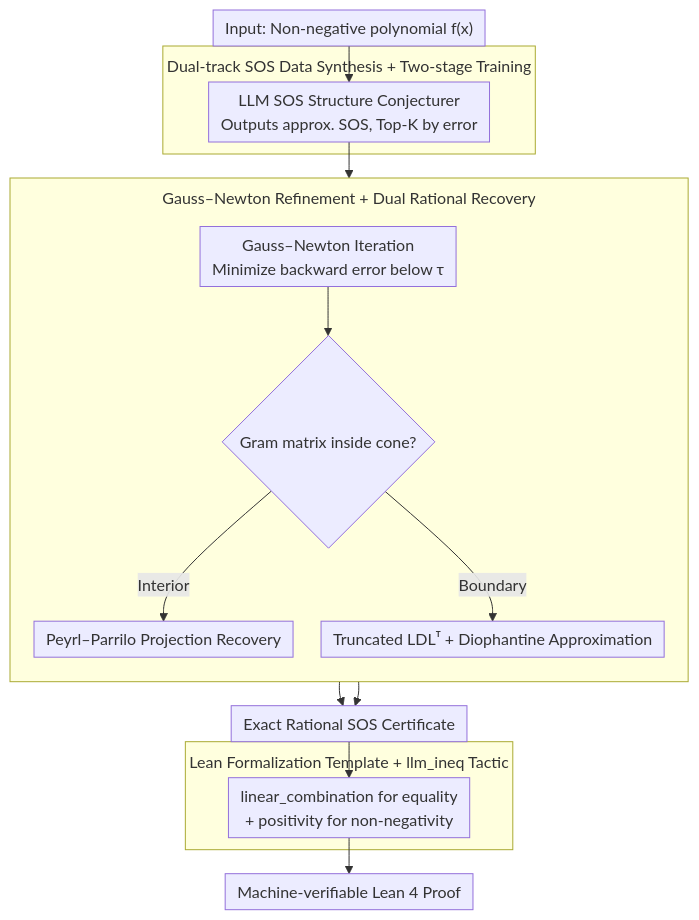
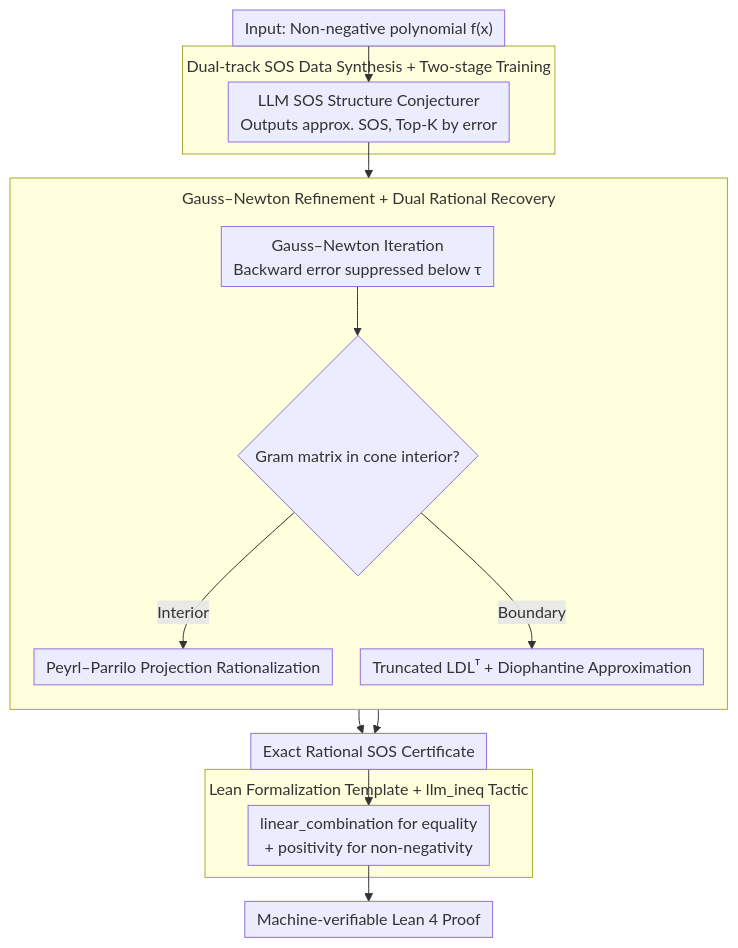
One commit to zhaoyang97/Paper-Notes-en changed the diagram in docs/ICML2026/llm_reasoning/from_llm-generated_conjectures_to_lean_formalizations_automated_polynomial_inequ.md. Above: the diagram before and after it, drawn with Mermaid. The commit also changed other lines of this file and 5084 other files, not shown here.

````diff
--- a/docs/ICML2026/llm_reasoning/from_llm-generated_conjectures_to_lean_formalizations_automated_polynomial_inequ.md
+++ b/docs/ICML2026/llm_reasoning/from_llm-generated_conjectures_to_lean_formalizations_automated_polynomial_inequ.md
@@ -43,22 +43,22 @@
 ```mermaid
 %%{init: {'flowchart': {'rankSpacing': 24, 'nodeSpacing': 28, 'padding': 6, 'wrappingWidth': 400, 'subGraphTitleMargin': {'top': 8, 'bottom': 16}}}}%%
 flowchart TD
     A["Input: Non-negative polynomial f(x)"] --> B
     subgraph S1["Dual-track SOS Data Synthesis + Two-stage Training"]
         B["LLM SOS Structure Conjecturer<br/>Outputs approx. SOS, Top-K by error"]
     end
     B --> D
     subgraph S2["Gauss–Newton Refinement + Dual Rational Recovery"]
         direction TB
-        D["Gauss–Newton Iteration<br/>Minimize backward error below τ"] --> E{"Gram matrix inside cone?"}
-        E -->|Interior| F["Peyrl–Parrilo Projection Recovery"]
+        D["Gauss–Newton Iteration<br/>Backward error suppressed below τ"] --> E{"Gram matrix in cone interior?"}
+        E -->|Interior| F["Peyrl–Parrilo Projection Rationalization"]
         E -->|Boundary| G["Truncated LDLᵀ + Diophantine Approximation"]
     end
     F --> H["Exact Rational SOS Certificate"]
     G --> H
     H --> I
     subgraph S3["Lean Formalization Template + llm_ineq Tactic"]
         I["linear_combination for equality<br/>+ positivity for non-negativity"]
     end
     I --> K["Machine-verifiable Lean 4 Proof"]
 ```
````
